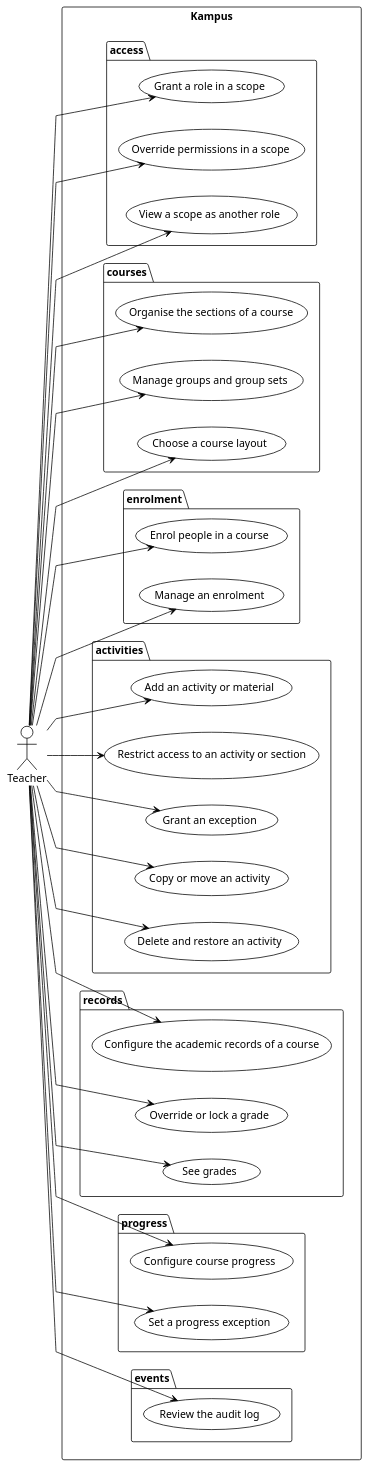
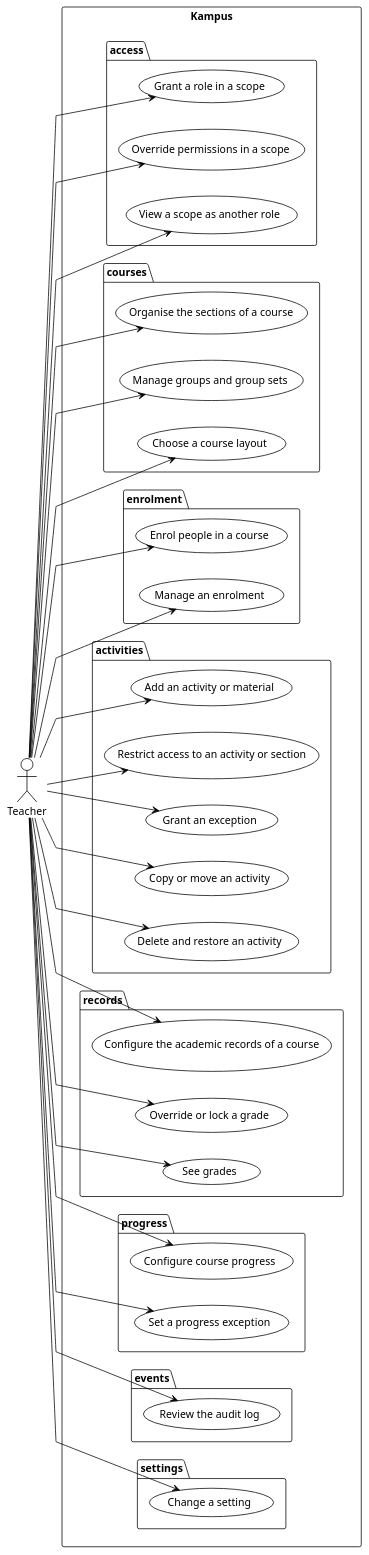
Before and after one commit to didactika/kampus: the diagram in docs/01-requirements/use-cases-teacher.puml, drawn with PlantUML. The commit also changed 165 other files, not shown here.

```diff
--- a/docs/01-requirements/use-cases-teacher.puml
+++ b/docs/01-requirements/use-cases-teacher.puml
@@ -1,64 +1,68 @@
 @startuml
 !theme plain
 skinparam linetype polyline
 left to right direction
 
 actor "Teacher" as A_Teacher
 
 rectangle "Kampus" {
   package "access" {
     usecase "Grant a role in a scope" as UC_grantRole
     usecase "Override permissions in a scope" as UC_overridePermission
     usecase "View a scope as another role" as UC_viewAsRole
   }
   package "courses" {
     usecase "Organise the sections of a course" as UC_organiseSections
     usecase "Manage groups and group sets" as UC_manageGroups
     usecase "Choose a course layout" as UC_chooseCourseLayout
   }
   package "enrolment" {
     usecase "Enrol people in a course" as UC_enrolPeople
     usecase "Manage an enrolment" as UC_manageEnrolment
   }
   package "activities" {
     usecase "Add an activity or material" as UC_addActivity
     usecase "Restrict access to an activity or section" as UC_restrictAccess
     usecase "Grant an exception" as UC_grantException
     usecase "Copy or move an activity" as UC_copyActivity
     usecase "Delete and restore an activity" as UC_deleteActivity
   }
   package "records" {
     usecase "Configure the academic records of a course" as UC_configureRecords
     usecase "Override or lock a grade" as UC_overrideGrade
     usecase "See grades" as UC_viewGrades
   }
   package "progress" {
     usecase "Configure course progress" as UC_configureCourseProgress
     usecase "Set a progress exception" as UC_setProgressException
   }
   package "events" {
     usecase "Review the audit log" as UC_reviewAuditLog
   }
+  package "settings" {
+    usecase "Change a setting" as UC_changeSetting
+  }
 }
 
 A_Teacher --> UC_grantRole
 A_Teacher --> UC_overridePermission
 A_Teacher --> UC_viewAsRole
 A_Teacher --> UC_organiseSections
 A_Teacher --> UC_manageGroups
 A_Teacher --> UC_chooseCourseLayout
 A_Teacher --> UC_enrolPeople
 A_Teacher --> UC_manageEnrolment
 A_Teacher --> UC_addActivity
 A_Teacher --> UC_restrictAccess
 A_Teacher --> UC_grantException
 A_Teacher --> UC_copyActivity
 A_Teacher --> UC_deleteActivity
 A_Teacher --> UC_configureRecords
 A_Teacher --> UC_overrideGrade
 A_Teacher --> UC_viewGrades
 A_Teacher --> UC_configureCourseProgress
 A_Teacher --> UC_setProgressException
 A_Teacher --> UC_reviewAuditLog
+A_Teacher --> UC_changeSetting
 
 @enduml
```
